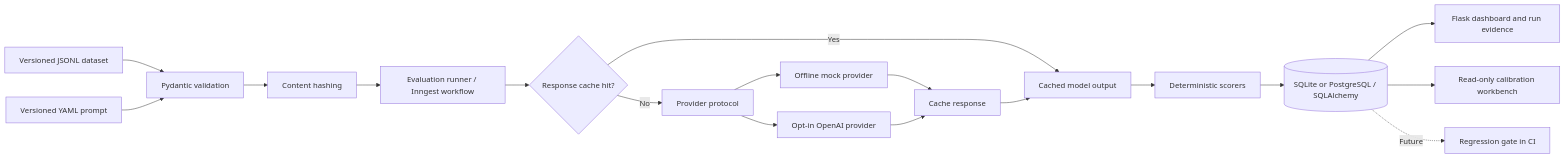
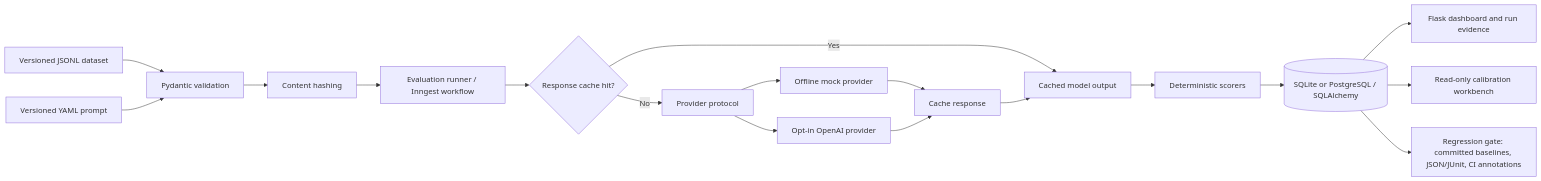
The first of 3 diagrams in README.md (Sujay1709/evalbench-ai), drawn with Mermaid before and after one commit. The commit also changed other lines of this file and 25 other files, not shown here.

First line of the commit message:
feat: add the Phase 6 CI regression gate

````diff
--- a/README.md
+++ b/README.md
@@ -47,20 +48,20 @@
 ```mermaid
 flowchart LR
     D["Versioned JSONL dataset"] --> V["Pydantic validation"]
     P["Versioned YAML prompt"] --> V
     V --> H["Content hashing"]
     H --> R["Evaluation runner / Inngest workflow"]
     R --> C{"Response cache hit?"}
     C -- Yes --> O["Cached model output"]
     C -- No --> S["Provider protocol"]
     S --> M["Offline mock provider"]
     S --> L["Opt-in OpenAI provider"]
     M --> W["Cache response"]
     L --> W
     W --> O
     O --> E["Deterministic scorers"]
     E --> DB[("SQLite or PostgreSQL / SQLAlchemy")]
     DB --> UI["Flask dashboard and run evidence"]
     DB --> CAL["Read-only calibration workbench"]
-    DB -. "Future" .-> CI["Regression gate in CI"]
+    DB --> CI["Regression gate: committed baselines, JSON/JUnit, CI annotations"]
 ```
````
